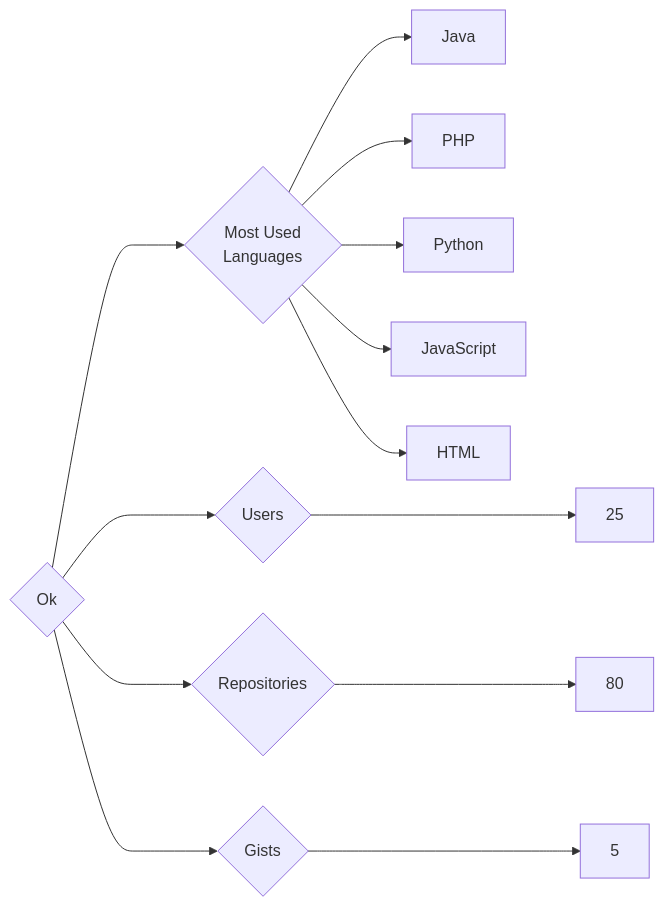
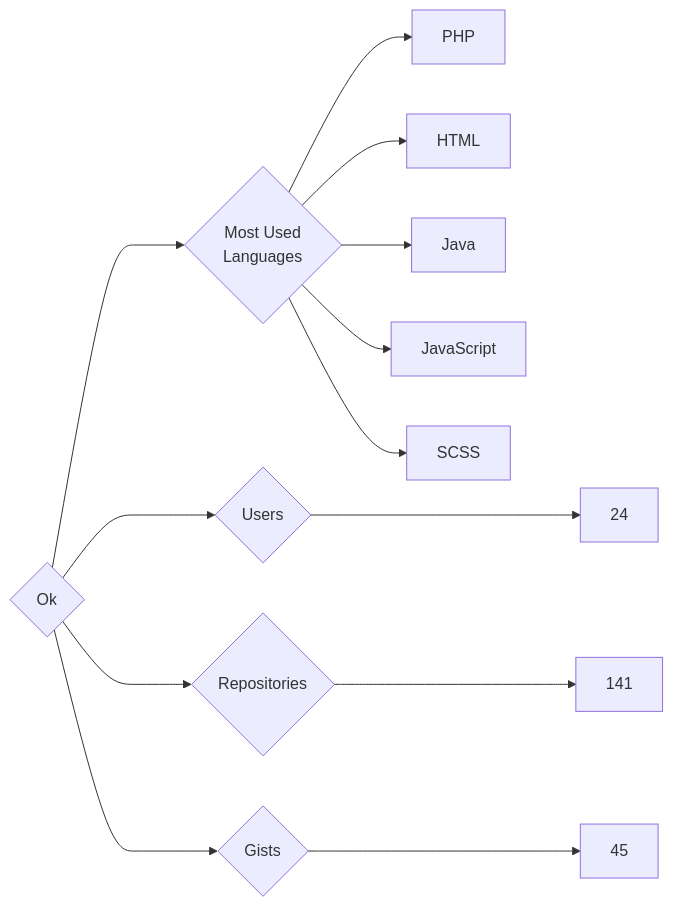
The diagram in targets/Ok/README.md (trickest/insiders), drawn with Mermaid before and after one commit. The commit also changed 920 other files, not shown here.

````diff
--- a/targets/Ok/README.md
+++ b/targets/Ok/README.md
@@ -3,13 +3,13 @@
 ```mermaid
 graph LR
 COMPANY_NAME{Ok}
-COMPANY_NAME ---> U{Users} ---> UN[25]
-COMPANY_NAME ---> R{Repositories} ---> RN[80]
-COMPANY_NAME ---> G{Gists} ---> GN[5]
+COMPANY_NAME ---> U{Users} ---> UN[24]
+COMPANY_NAME ---> R{Repositories} ---> RN[141]
+COMPANY_NAME ---> G{Gists} ---> GN[45]
 COMPANY_NAME ---> ML{Most Used<br>Languages}
+ML --> PHP[PHP]
+ML --> HTML[HTML]
 ML --> Java[Java]
-ML --> PHP[PHP]
-ML --> Python[Python]
 ML --> JavaScript[JavaScript]
-ML --> HTML[HTML]
+ML --> SCSS[SCSS]
 ```
````
